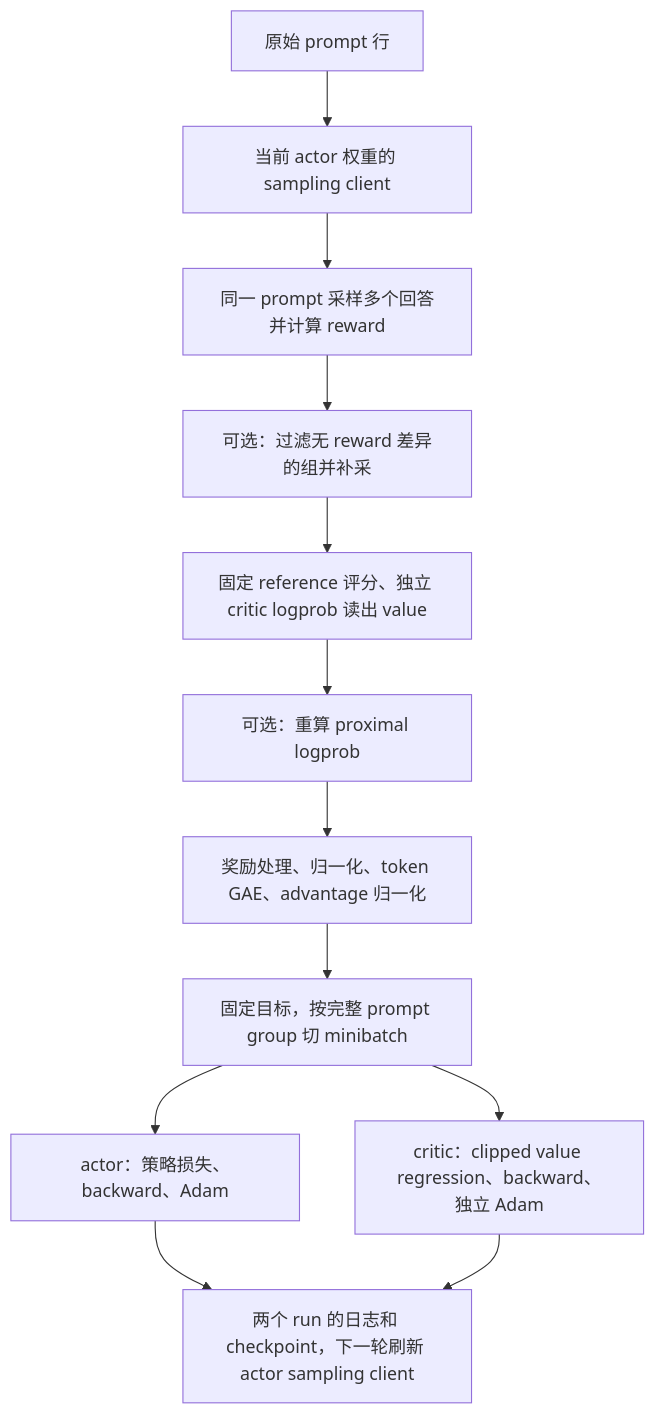
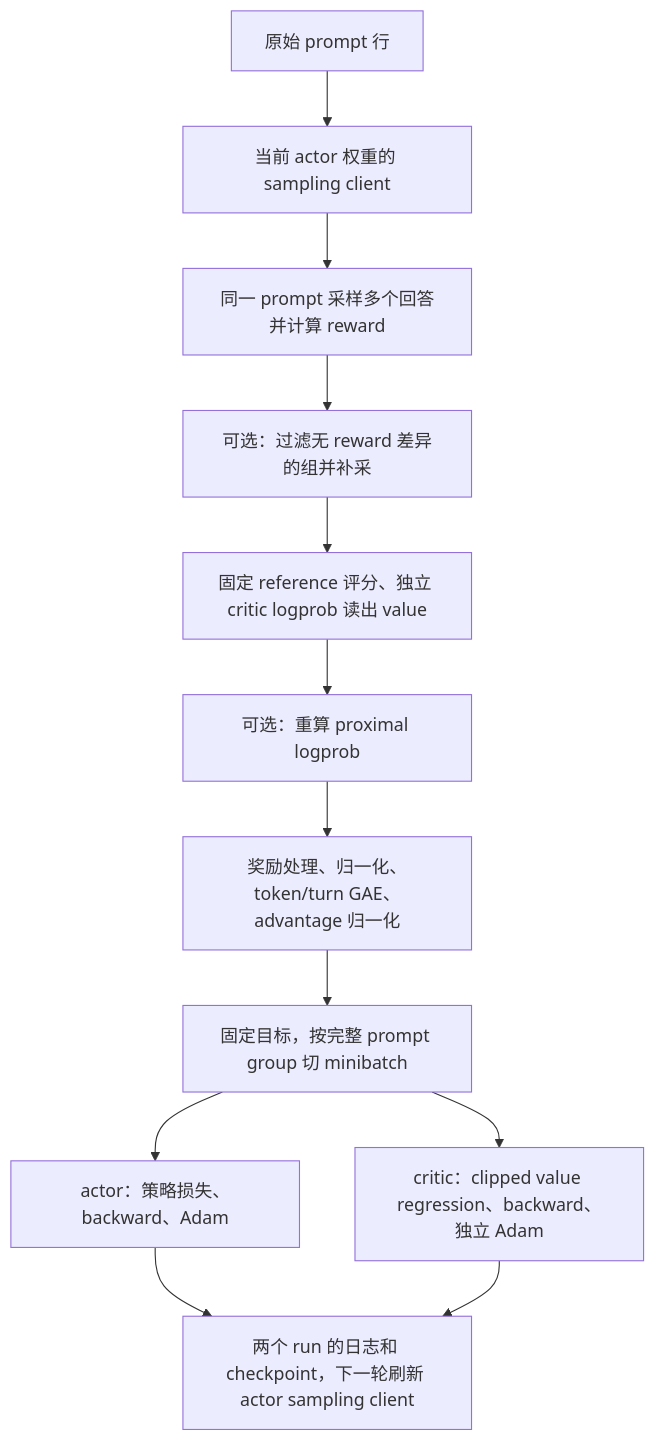
The diagram in docs/ppo_pytrio-use_eval.md (SwanHubX/triotune), drawn with Mermaid before and after one commit. The commit also changed other lines of this file and 9 other files, not shown here.

First line of the commit message:
refactor(ppo): split advantage and turn-level GAE modules

````diff
--- a/docs/ppo_pytrio-use_eval.md
+++ b/docs/ppo_pytrio-use_eval.md
@@ -33,14 +33,14 @@
 ```mermaid
 flowchart TD
     A[原始 prompt 行] --> B[当前 actor 权重的 sampling client]
     B --> C[同一 prompt 采样多个回答并计算 reward]
     C --> D[可选：过滤无 reward 差异的组并补采]
     D --> E[固定 reference 评分、独立 critic logprob 读出 value]
     E --> F[可选：重算 proximal logprob]
-    F --> G[奖励处理、归一化、token GAE、advantage 归一化]
+    F --> G[奖励处理、归一化、token/turn GAE、advantage 归一化]
     G --> H[固定目标，按完整 prompt group 切 minibatch]
     H --> I[actor：策略损失、backward、Adam]
     H --> J[critic：clipped value regression、backward、独立 Adam]
     I --> K[两个 run 的日志和 checkpoint，下一轮刷新 actor sampling client]
     J --> K
 ```
````
